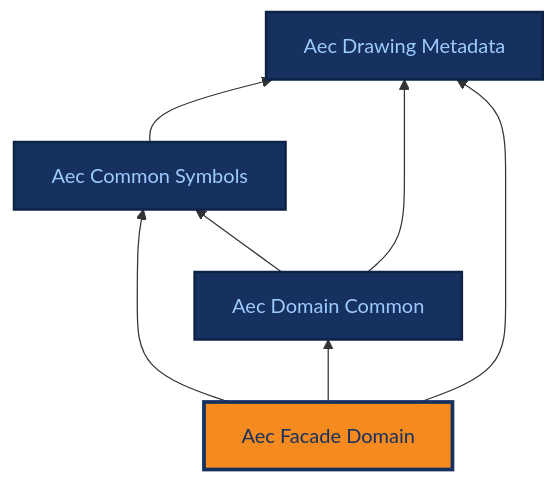
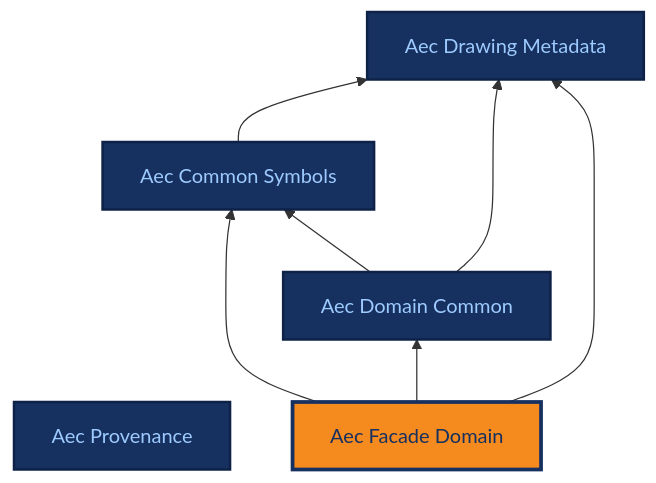
Before and after one commit to BuroHappoldMachineLearning/ADIRO: the diagram in docs/ontologies/aec_facade_domain.md, drawn with Mermaid. The commit also changed 14 other files, not shown here.

````diff
--- a/docs/ontologies/aec_facade_domain.md
+++ b/docs/ontologies/aec_facade_domain.md
@@ -17,22 +17,24 @@
 ```mermaid
 %%{init: {"themeCSS": ".base .nodeLabel,.base .nodeLabel p,.base text,.base tspan{fill:#9ecbff !important;color:#9ecbff !important}.current .nodeLabel,.current .nodeLabel p,.current text,.current tspan{fill:#16305f !important;color:#16305f !important}"} }%%
 graph BT
+    aec_provenance["Aec Provenance"]
     aec_drawing_metadata["Aec Drawing Metadata"]
     aec_common_symbols["Aec Common Symbols"]
     aec_domain_common["Aec Domain Common"]
     aec_facade_domain["Aec Facade Domain"]
     aec_common_symbols --> aec_drawing_metadata
     aec_domain_common --> aec_common_symbols
     aec_domain_common --> aec_drawing_metadata
     aec_facade_domain --> aec_common_symbols
     aec_facade_domain --> aec_domain_common
     aec_facade_domain --> aec_drawing_metadata
+    click aec_provenance "../aec_provenance/" "Aec Provenance reference page"
     click aec_drawing_metadata "../aec_drawing_metadata/" "Aec Drawing Metadata reference page"
     click aec_common_symbols "../aec_common_symbols/" "Aec Common Symbols reference page"
     click aec_domain_common "../aec_domain_common/" "Aec Domain Common reference page"
     click aec_facade_domain "../aec_facade_domain/" "Aec Facade Domain reference page"
     classDef base fill:#16305f,stroke:#0e2247,stroke-width:2px,color:#9ecbff;
-    class aec_drawing_metadata,aec_common_symbols,aec_domain_common base;
+    class aec_provenance,aec_drawing_metadata,aec_common_symbols,aec_domain_common base;
     classDef current fill:#f58a1f,stroke:#16305f,stroke-width:3px,color:#16305f;
     class aec_facade_domain current;
 ```
````
